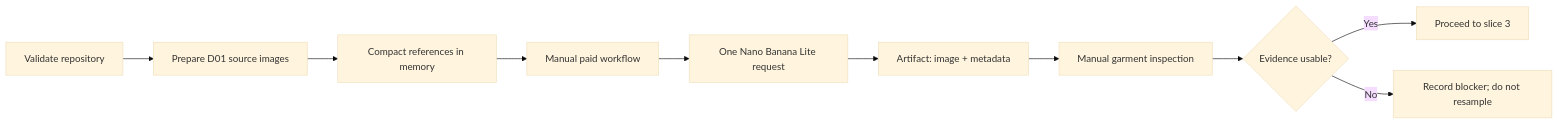
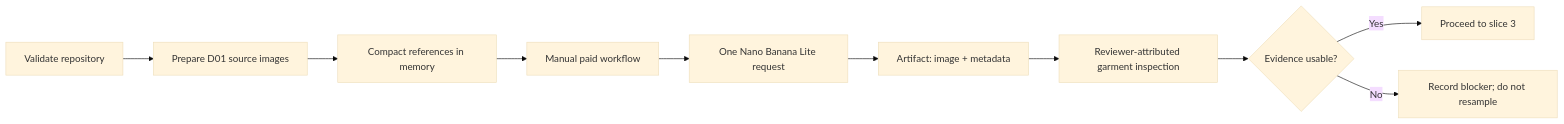
The diagram in spec.md (komaksym/weon-assignment), drawn with Mermaid (base theme) before and after one commit. The commit also changed other lines of this file and 18 other files, not shown here.

````diff
--- a/spec.md
+++ b/spec.md
@@ -7,12 +7,12 @@
 ```mermaid
 flowchart LR
     A[Validate repository] --> B[Prepare D01 source images]
     B --> C[Compact references in memory]
     C --> D[Manual paid workflow]
     D --> E[One Nano Banana Lite request]
     E --> F[Artifact: image + metadata]
-    F --> G[Manual garment inspection]
+    F --> G[Reviewer-attributed garment inspection]
     G --> H{Evidence usable?}
     H -->|Yes| I[Proceed to slice 3]
     H -->|No| J[Record blocker; do not resample]
 ```
````
